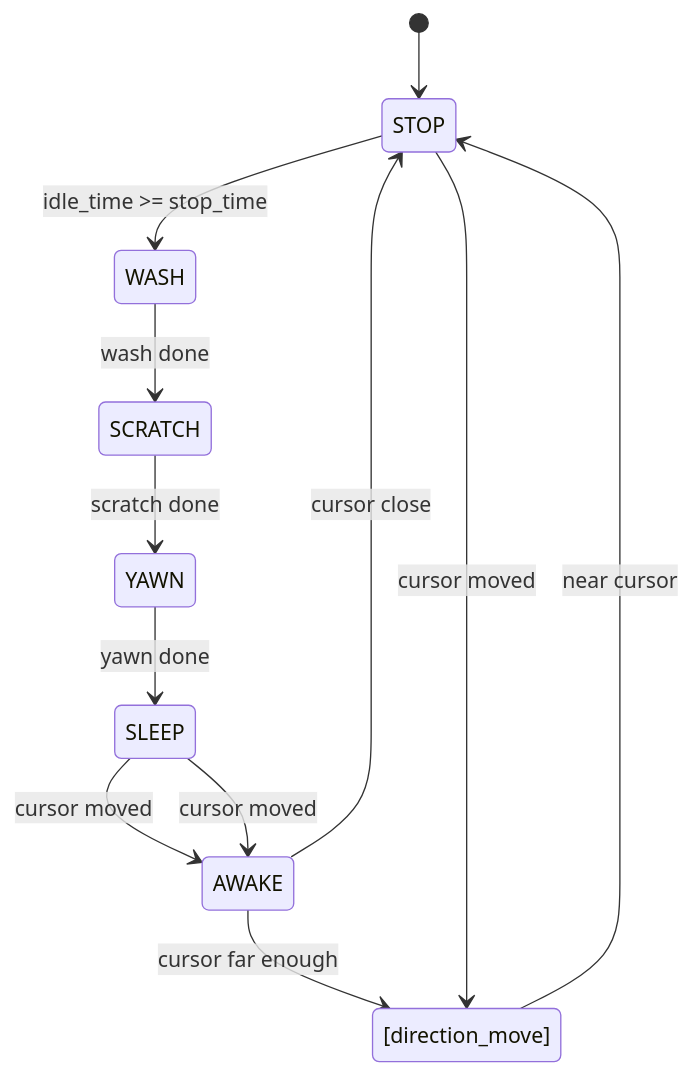
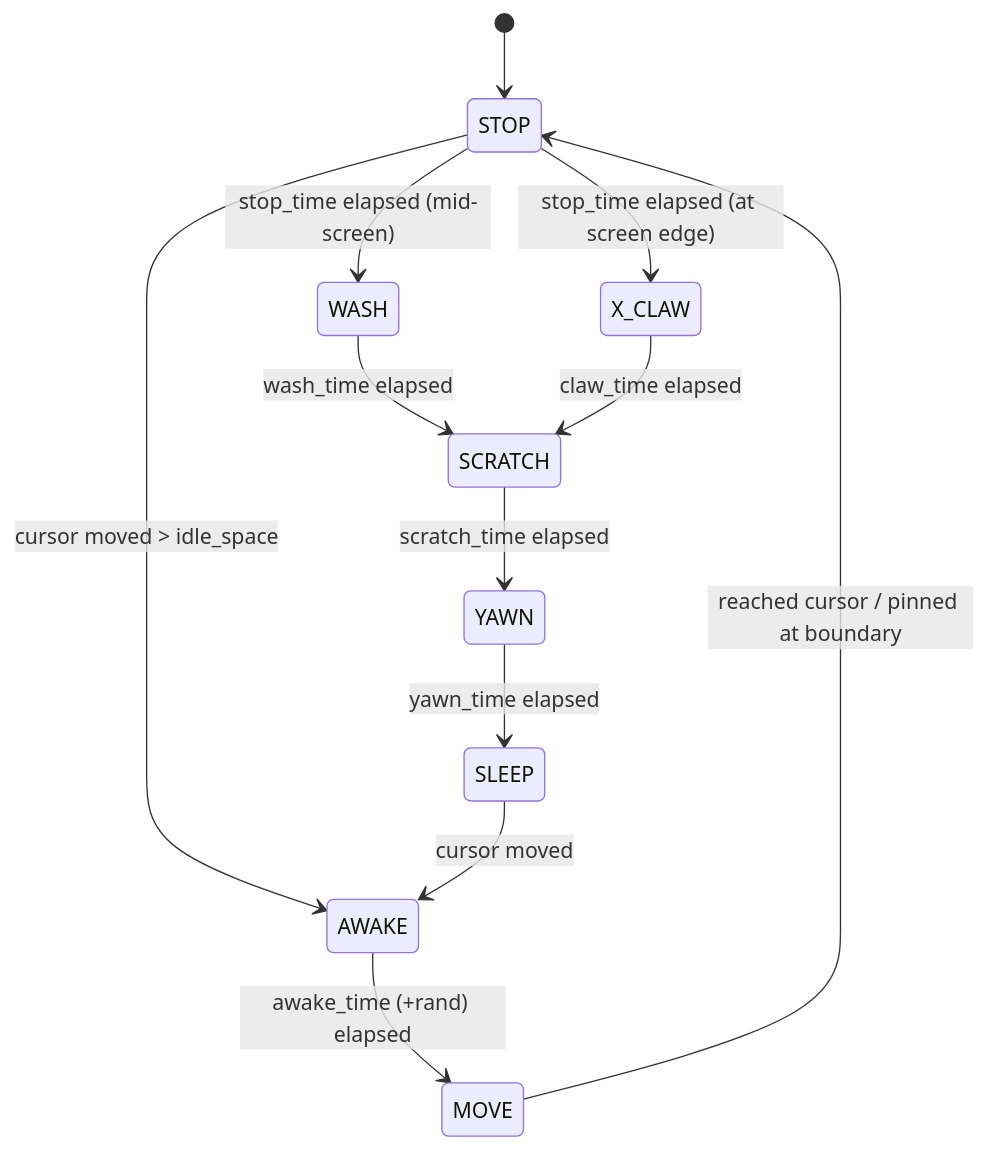
Before and after one commit to tajas20006/neko2020: the second of 2 diagrams in .agents/summary/architecture.md, drawn with Mermaid. The commit also changed other lines of this file and 10 other files, not shown here.

First line of the commit message:
docs: refresh CLAUDE.md, AGENTS.md, and .agents/summary for layered architecture

````diff
--- a/.agents/summary/architecture.md
+++ b/.agents/summary/architecture.md
@@ -59,14 +68,14 @@
 ```mermaid
 stateDiagram-v2
     [*] --> STOP
-    STOP --> WASH: idle_time >= stop_time
-    WASH --> SCRATCH: wash done
-    SCRATCH --> YAWN: scratch done
-    YAWN --> SLEEP: yawn done
+    STOP --> AWAKE: cursor moved > idle_space
+    STOP --> WASH: stop_time elapsed (mid-screen)
+    STOP --> X_CLAW: stop_time elapsed (at screen edge)
+    WASH --> SCRATCH: wash_time elapsed
+    X_CLAW --> SCRATCH: claw_time elapsed
+    SCRATCH --> YAWN: scratch_time elapsed
+    YAWN --> SLEEP: yawn_time elapsed
     SLEEP --> AWAKE: cursor moved
-    AWAKE --> [direction_move]: cursor far enough
-    [direction_move] --> STOP: near cursor
-    STOP --> [direction_move]: cursor moved
-    AWAKE --> STOP: cursor close
-    SLEEP --> AWAKE: cursor moved
+    AWAKE --> MOVE: awake_time (+rand) elapsed
+    MOVE --> STOP: reached cursor / pinned at boundary
 ```
````
